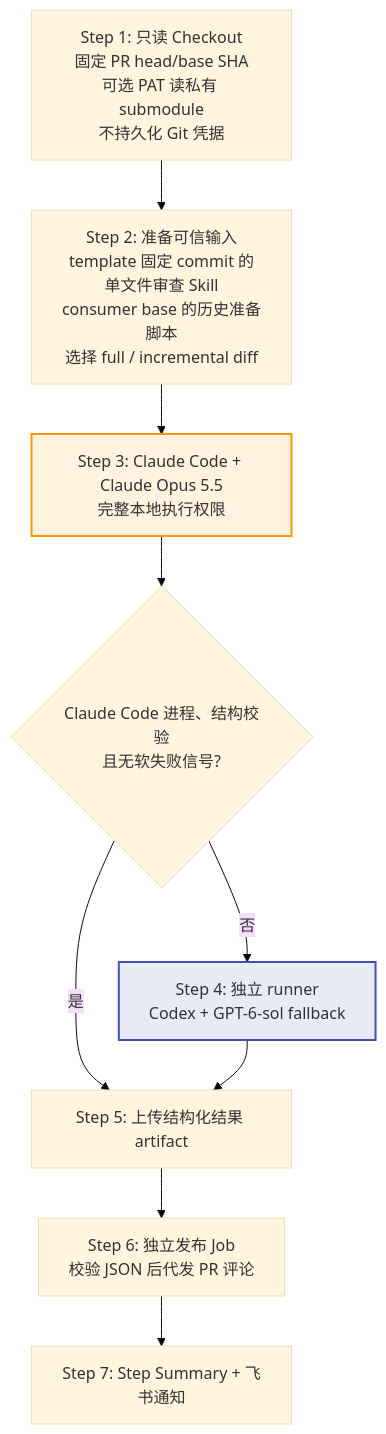
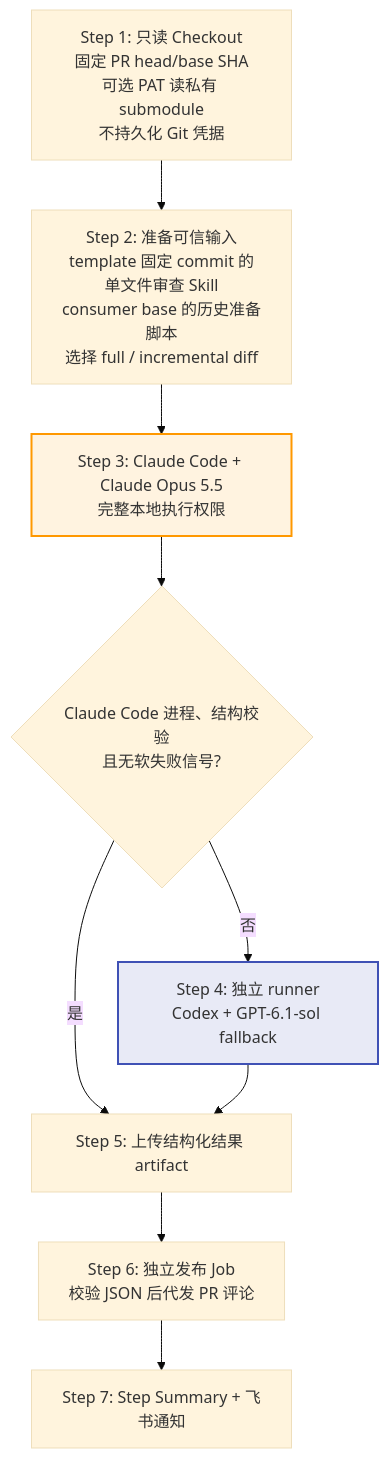
One commit to Lightspeed-Intelligence/agentic-workflow-template changed the fourth of 13 diagrams in docs/code-review-design.md. Above: the diagram before and after it, drawn with Mermaid (base theme). The commit also changed 12 other files, not shown here.

First line of the commit message:
feat(agentic): agentic workflow 的 Codex fallback 切换到 gpt-6.1-sol

````diff
--- a/docs/code-review-design.md
+++ b/docs/code-review-design.md
@@ -126,19 +126,19 @@
 ```mermaid
 flowchart TD
     A["Step 1: 只读 Checkout<br/>固定 PR head/base SHA<br/>可选 PAT 读私有 submodule<br/>不持久化 Git 凭据"]
     B["Step 2: 准备可信输入<br/>template 固定 commit 的单文件审查 Skill<br/>consumer base 的历史准备脚本<br/>选择 full / incremental diff"]
     C["Step 3: Claude Code + Claude Opus 5.5<br/>完整本地执行权限"]
     D{"Claude Code 进程、结构校验<br/>且无软失败信号?"}
-    E["Step 4: 独立 runner<br/>Codex + GPT-6-sol fallback"]
+    E["Step 4: 独立 runner<br/>Codex + GPT-6.1-sol fallback"]
     F["Step 5: 上传结构化结果 artifact"]
     G["Step 6: 独立发布 Job<br/>校验 JSON 后代发 PR 评论"]
     H["Step 7: Step Summary + 飞书通知"]
 
     A --> B --> C --> D
     D -->|是| F
     D -->|否| E --> F
     F --> G --> H
 
     style C fill:#fff3e0,stroke:#FF9800,stroke-width:2px
     style E fill:#e8eaf6,stroke:#3F51B5,stroke-width:2px
 ```
````
